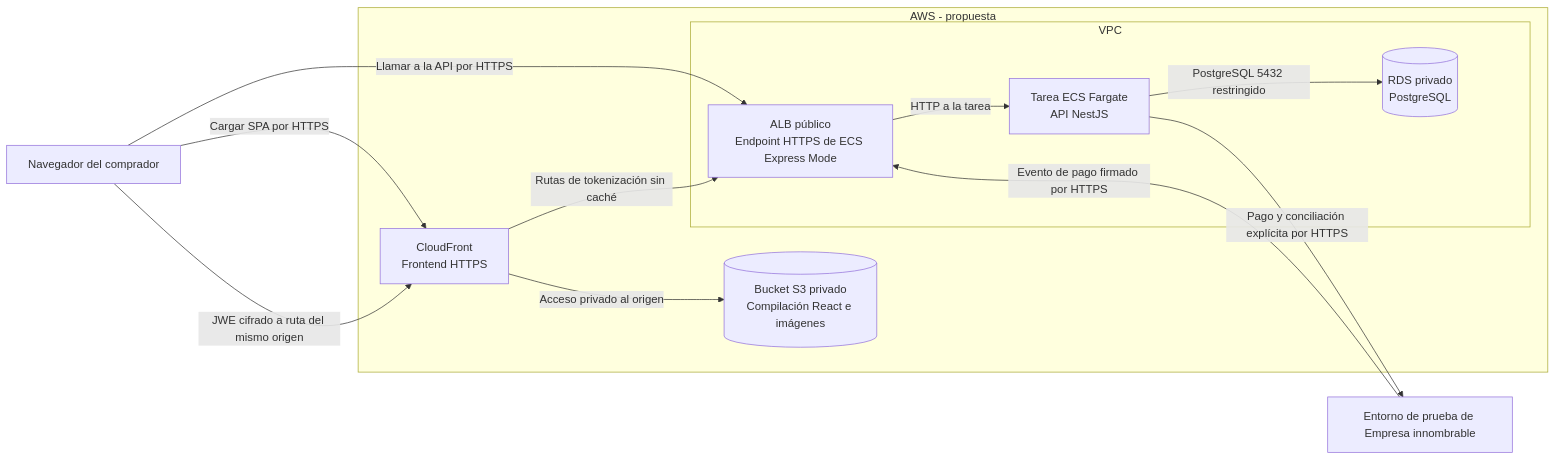
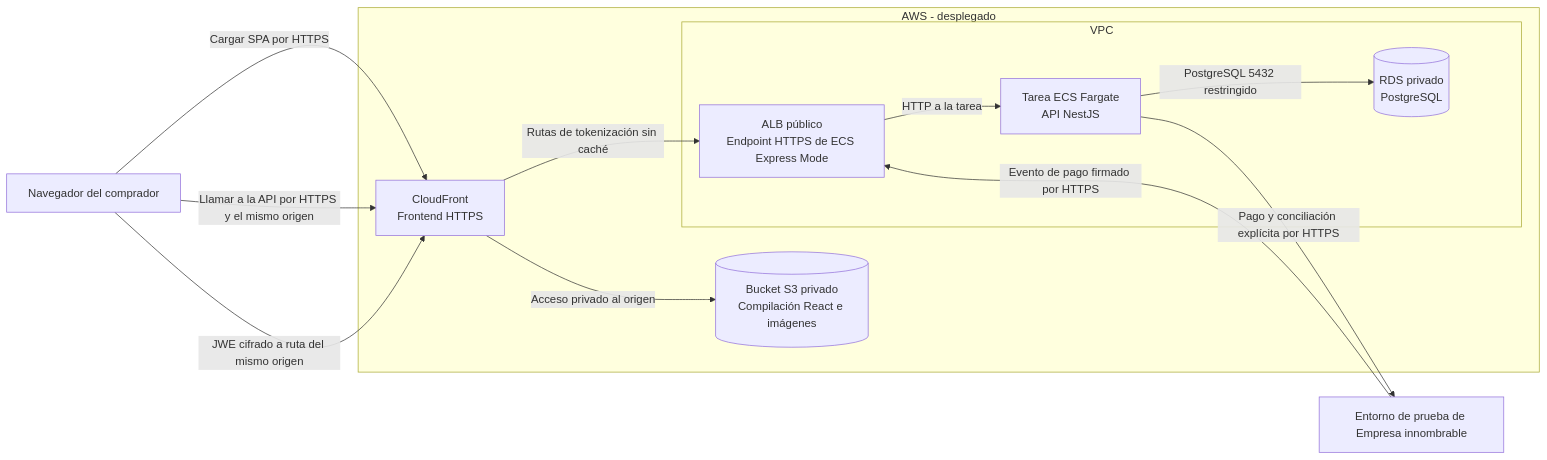
One commit to alexanderbeleno16/product-payment changed the fifth of 5 diagrams in README.md. Above: the diagram before and after it, drawn with Mermaid. The commit also changed other lines of this file and 1 other file, not shown here.

Commit message:
ci(deploy): publish AWS stack from develop with OIDC

````diff
--- a/README.md
+++ b/README.md
@@ -249,25 +249,25 @@
 ```mermaid
 flowchart LR
     Browser[Navegador del comprador]
     Provider[Entorno de prueba de Empresa innombrable]
 
-    subgraph AWS["AWS - propuesta"]
+    subgraph AWS["AWS - desplegado"]
         CloudFront[CloudFront<br/>Frontend HTTPS]
         S3[(Bucket S3 privado<br/>Compilación React e imágenes)]
         subgraph VPC["VPC"]
             ALB[ALB público<br/>Endpoint HTTPS de ECS Express Mode]
             ECS[Tarea ECS Fargate<br/>API NestJS]
             RDS[(RDS privado<br/>PostgreSQL)]
         end
     end
 
     Browser -->|Cargar SPA por HTTPS| CloudFront
     CloudFront -->|Acceso privado al origen| S3
-    Browser -->|Llamar a la API por HTTPS| ALB
+    Browser -->|Llamar a la API por HTTPS y el mismo origen| CloudFront
     ALB -->|HTTP a la tarea| ECS
     Browser -->|JWE cifrado a ruta del mismo origen| CloudFront
     CloudFront -->|Rutas de tokenización sin caché| ALB
     Provider -->|Evento de pago firmado por HTTPS| ALB
     ECS -->|PostgreSQL 5432 restringido| RDS
     ECS -->|Pago y conciliación explícita por HTTPS| Provider
 ```
````
